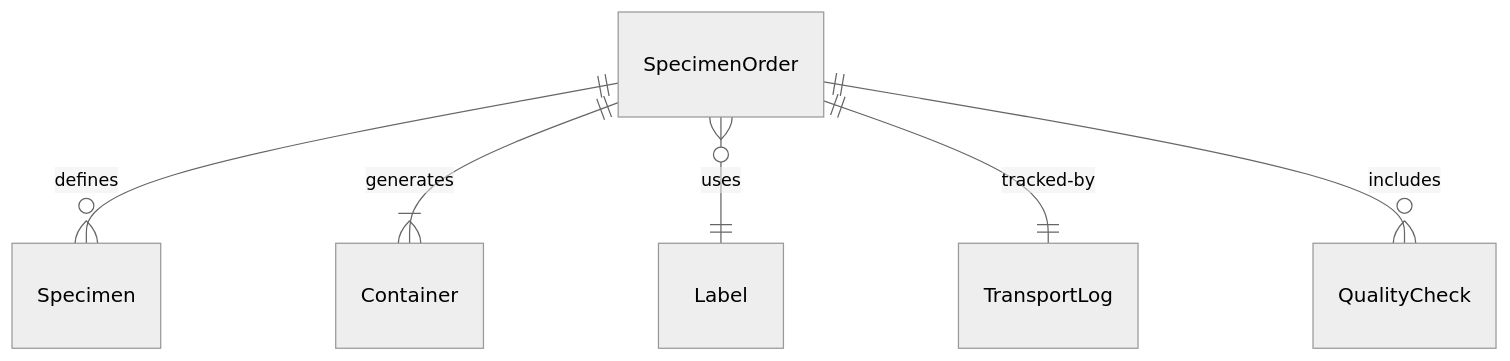
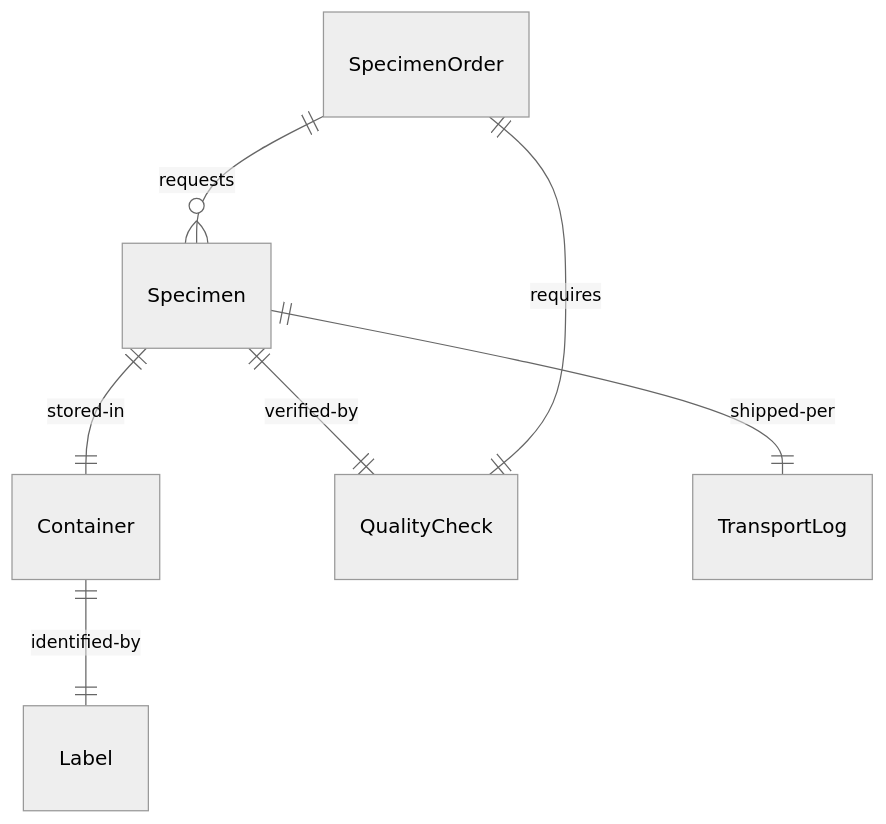
One commit to dot-org-ai/tasks.org.ai changed the first of 4 diagrams in HandlingAndMovingObjects/CollectEnvironmentalOrBiologicalSamples/CollectBiologicalSpecimensPatients.mdx. Above: the diagram before and after it, drawn with Mermaid (neutral theme). The commit also changed other lines of this file and 515 other files, not shown here.

````diff
--- a/HandlingAndMovingObjects/CollectEnvironmentalOrBiologicalSamples/CollectBiologicalSpecimensPatients.mdx
+++ b/HandlingAndMovingObjects/CollectEnvironmentalOrBiologicalSamples/CollectBiologicalSpecimensPatients.mdx
@@ -87,8 +87,9 @@
 ```mermaid
 erDiagram
-    SpecimenOrder ||--o{ Specimen : "defines"
-    SpecimenOrder ||--|{ Container : "generates"
-    SpecimenOrder }o--|| Label : "uses"
-    SpecimenOrder ||--|| TransportLog : "tracked-by"
-    SpecimenOrder ||--o{ QualityCheck : "includes"
+    SpecimenOrder ||--o{ Specimen : "requests"
+    Specimen ||--|| Container : "stored-in"
+    Container ||--|| Label : "identified-by"
+    Specimen ||--|| QualityCheck : "verified-by"
+    Specimen ||--|| TransportLog : "shipped-per"
+    SpecimenOrder ||--|| QualityCheck : "requires"
 ```
````
